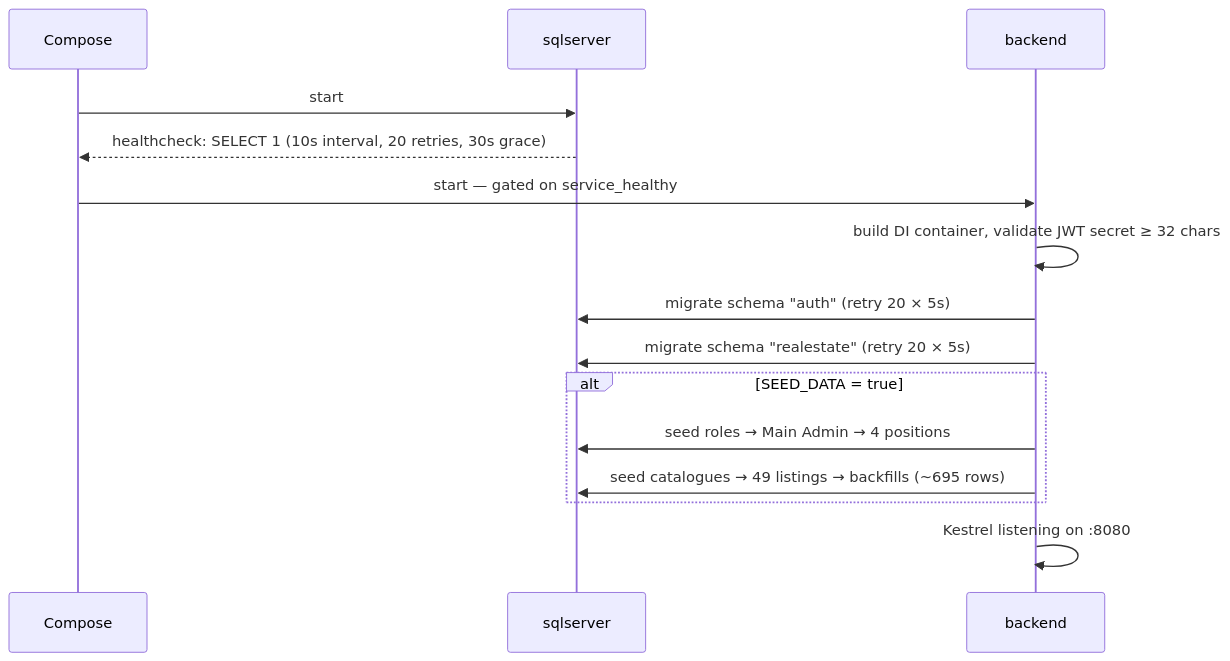
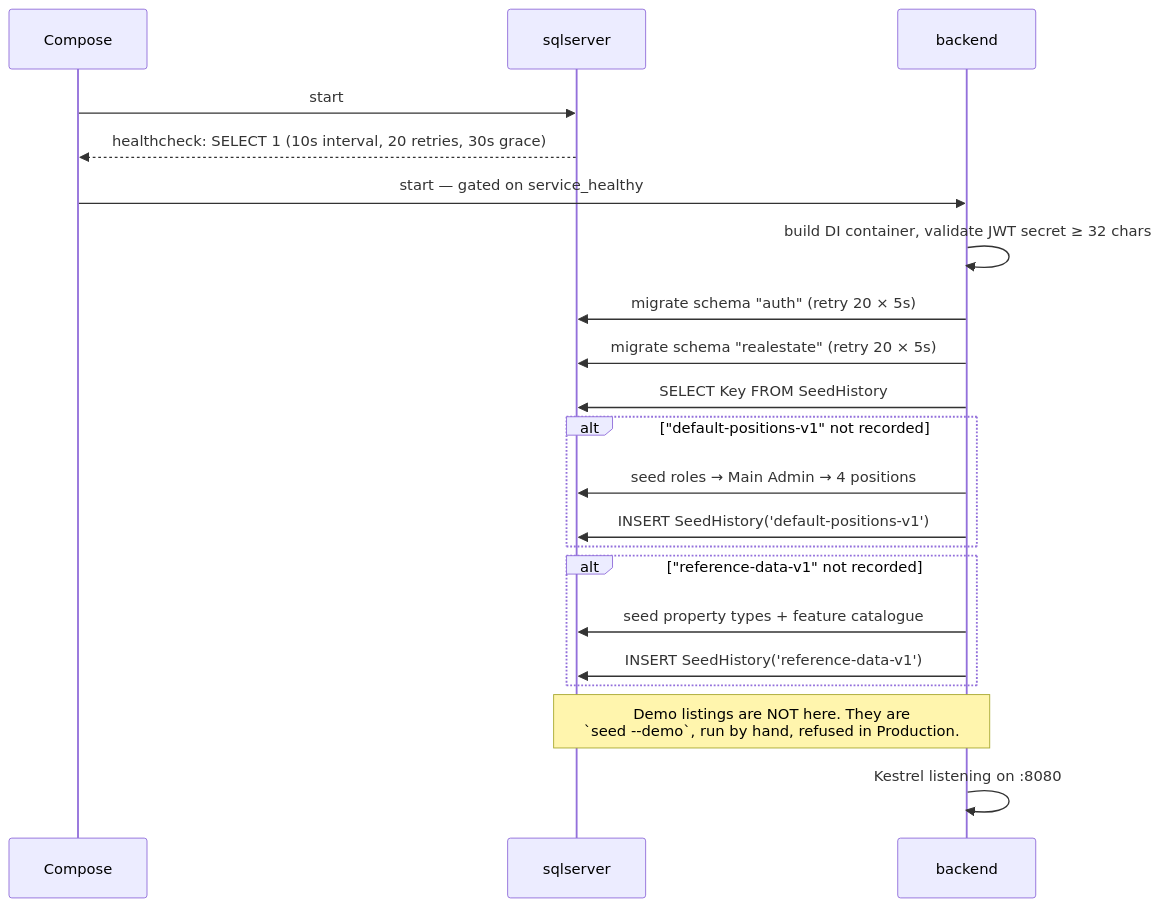
Before and after one commit to yahyabahig-pixel/QatarRealEstate: the third of 3 diagrams in docs/SYSTEM_DESIGN.md, drawn with Mermaid. The commit also changed 188 other files, not shown here.

````diff
--- a/docs/SYSTEM_DESIGN.md
+++ b/docs/SYSTEM_DESIGN.md
@@ -111,18 +111,24 @@
 ```mermaid
 sequenceDiagram
     participant C as Compose
     participant S as sqlserver
     participant B as backend
 
     C->>S: start
     S-->>C: healthcheck: SELECT 1 (10s interval, 20 retries, 30s grace)
     C->>B: start — gated on service_healthy
     B->>B: build DI container, validate JWT secret ≥ 32 chars
     B->>S: migrate schema "auth"        (retry 20 × 5s)
     B->>S: migrate schema "realestate"  (retry 20 × 5s)
-    alt SEED_DATA = true
+    B->>S: SELECT Key FROM SeedHistory
+    alt "default-positions-v1" not recorded
         B->>S: seed roles → Main Admin → 4 positions
-        B->>S: seed catalogues → 49 listings → backfills  (~695 rows)
+        B->>S: INSERT SeedHistory('default-positions-v1')
     end
+    alt "reference-data-v1" not recorded
+        B->>S: seed property types + feature catalogue
+        B->>S: INSERT SeedHistory('reference-data-v1')
+    end
+    note over B,S: Demo listings are NOT here. They are<br/>`seed --demo`, run by hand, refused in Production.
     B->>B: Kestrel listening on :8080
 ```
````
